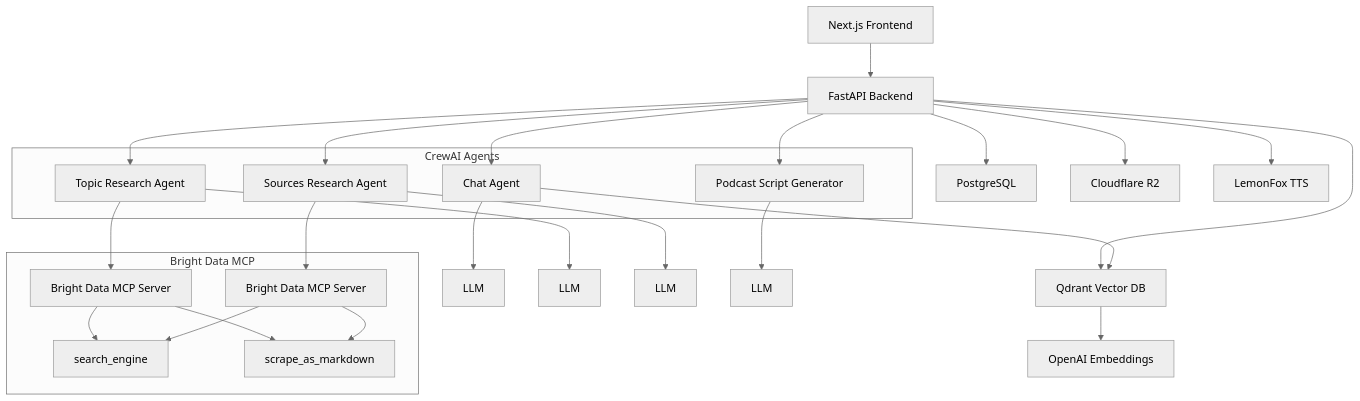
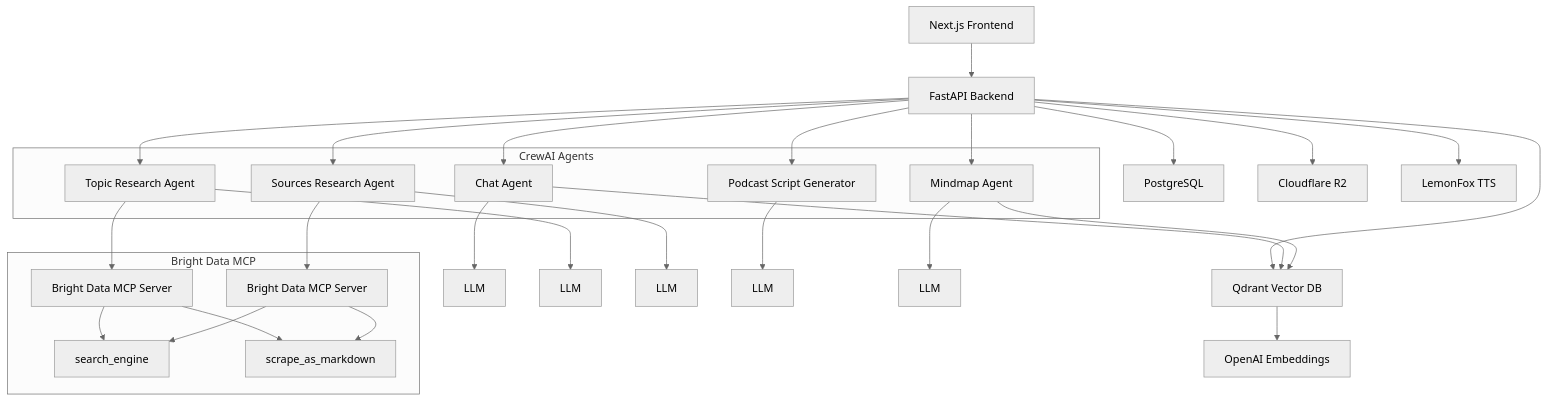
The diagram in README.md (nanagajui/decipher-research-agent), drawn with Mermaid (neutral theme) before and after one commit. The commit also changed other lines of this file, not shown here.

````diff
--- a/README.md
+++ b/README.md
@@ -40,37 +80,41 @@
 ```mermaid
 graph TB
     A[Next.js Frontend] --> B[FastAPI Backend]
 
     subgraph CrewAI Agents
         C1[Chat Agent]
         C2[Topic Research Agent]
         C3[Sources Research Agent]
         C4[Podcast Script Generator]
+        C5[Mindmap Agent]
     end
 
     B --> C1
     B --> C2
     B --> C3
     B --> C4
+    B --> C5
     B --> D[Qdrant Vector DB]
     B --> E[PostgreSQL]
     B --> F[Cloudflare R2]
     B --> H[LemonFox TTS]
 
     C1 --> D
     C1 --> I1[LLM]
     C2 --> G1[Bright Data MCP Server]
     C2 --> I2[LLM]
     C3 --> G2[Bright Data MCP Server]
     C3 --> I3[LLM]
     C4 --> I4[LLM]
+    C5 --> D
+    C5 --> I5[LLM]
 
     subgraph Bright Data MCP
         G1 --> K1[search_engine]
         G1 --> K2[scrape_as_markdown]
         G2 --> K1
         G2 --> K2
     end
 
     D --> J[OpenAI Embeddings]
 ```
````
